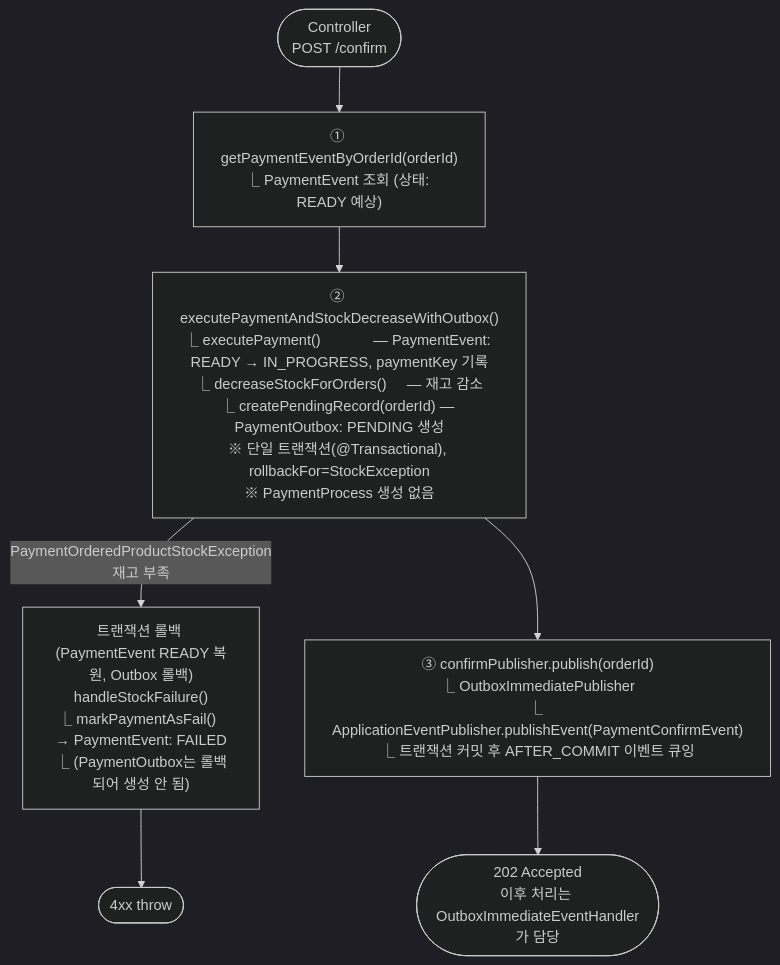
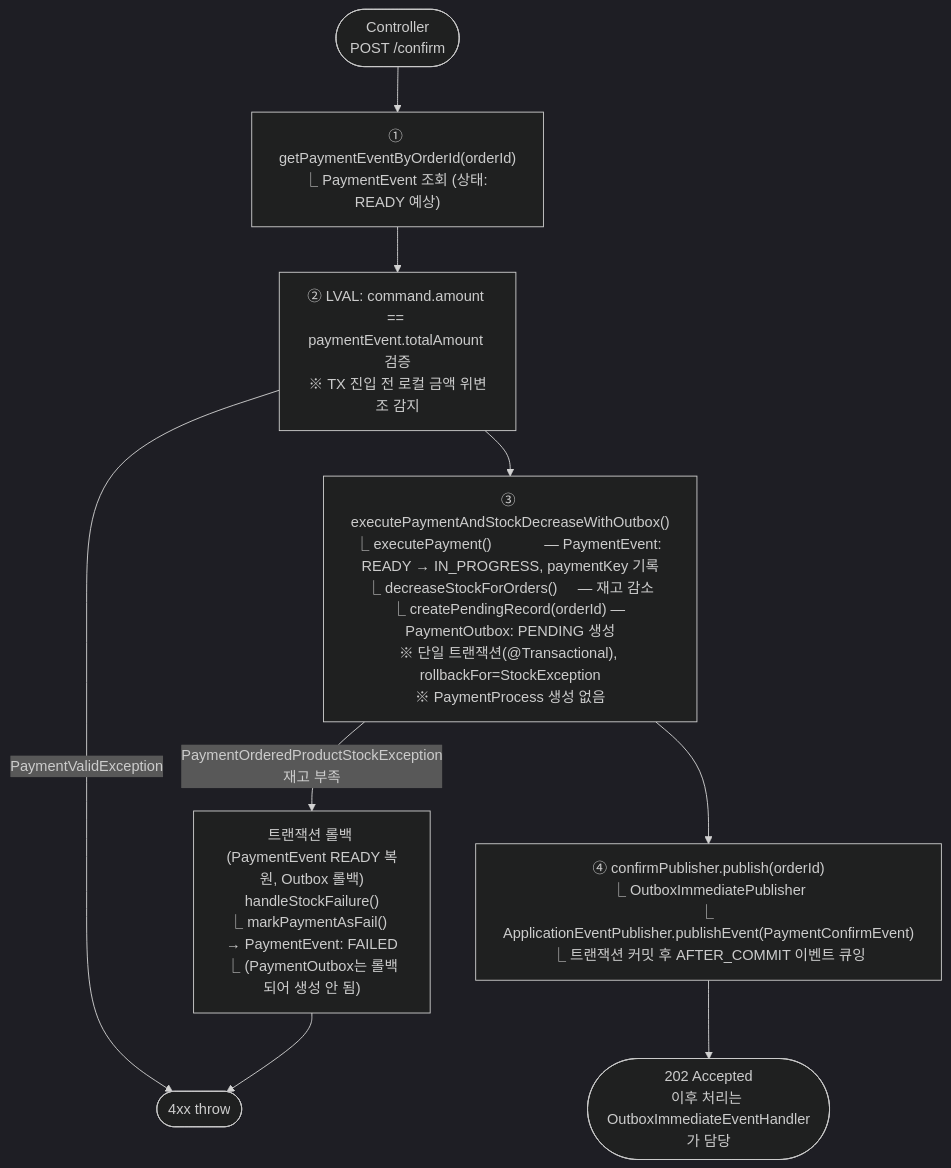
Before and after one commit to hyoguoo/payment-platform: the second of 6 diagrams in docs/context/CONFIRM-FLOW-FLOWCHART.md, drawn with Mermaid (dark theme). The commit also changed other lines of this file and 3 other files, not shown here.

````diff
--- a/docs/context/CONFIRM-FLOW-FLOWCHART.md
+++ b/docs/context/CONFIRM-FLOW-FLOWCHART.md
@@ -107,16 +109,20 @@
 ```mermaid
 flowchart TD
     A([Controller\nPOST /confirm]) --> B
 
     B["① getPaymentEventByOrderId(orderId)\n⎿ PaymentEvent 조회 (상태: READY 예상)"]
-    B --> C
+    B --> LVAL
 
-    C["② executePaymentAndStockDecreaseWithOutbox()\n⎿ executePayment()             — PaymentEvent: READY → IN_PROGRESS, paymentKey 기록\n⎿ decreaseStockForOrders()     — 재고 감소\n⎿ createPendingRecord(orderId) — PaymentOutbox: PENDING 생성\n※ 단일 트랜잭션(@Transactional), rollbackFor=StockException\n※ PaymentProcess 생성 없음"]
+    LVAL["② LVAL: command.amount == paymentEvent.totalAmount 검증\n※ TX 진입 전 로컬 금액 위변조 감지"]
+    LVAL -->|PaymentValidException| Z_FAIL([4xx throw])
+    LVAL --> C
+
+    C["③ executePaymentAndStockDecreaseWithOutbox()\n⎿ executePayment()             — PaymentEvent: READY → IN_PROGRESS, paymentKey 기록\n⎿ decreaseStockForOrders()     — 재고 감소\n⎿ createPendingRecord(orderId) — PaymentOutbox: PENDING 생성\n※ 단일 트랜잭션(@Transactional), rollbackFor=StockException\n※ PaymentProcess 생성 없음"]
     C -->|PaymentOrderedProductStockException\n재고 부족| C_FAIL
     C_FAIL["트랜잭션 롤백 (PaymentEvent READY 복원, Outbox 롤백)\nhandleStockFailure()\n⎿ markPaymentAsFail()  → PaymentEvent: FAILED\n⎿ (PaymentOutbox는 롤백되어 생성 안 됨)"]
-    C_FAIL --> Z_FAIL([4xx throw])
+    C_FAIL --> Z_FAIL
 
     C --> P
-    P["③ confirmPublisher.publish(orderId)\n⎿ OutboxImmediatePublisher\n⎿ ApplicationEventPublisher.publishEvent(PaymentConfirmEvent)\n⎿ 트랜잭션 커밋 후 AFTER_COMMIT 이벤트 큐잉"]
+    P["④ confirmPublisher.publish(orderId)\n⎿ OutboxImmediatePublisher\n⎿ ApplicationEventPublisher.publishEvent(PaymentConfirmEvent)\n⎿ 트랜잭션 커밋 후 AFTER_COMMIT 이벤트 큐잉"]
     P --> H([202 Accepted\n이후 처리는 OutboxImmediateEventHandler가 담당])
 ```
````
